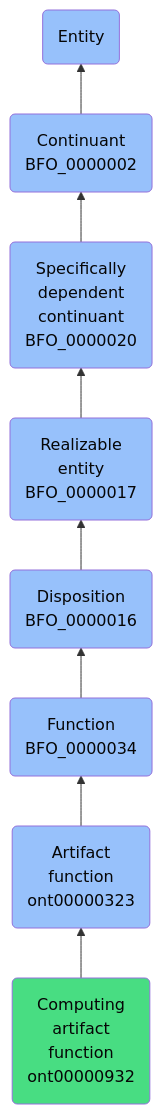
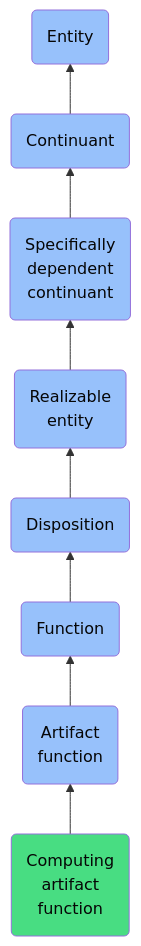
The diagram in docs/ontology/reference/model/Entity/Continuant/Specifically dependent continuant/Realizable entity/Disposition/Function/Artifact function/Computing artifact function/Computing artifact function.md (jupyter-naas/abi), drawn with Mermaid before and after one commit. The commit also changed other lines of this file and 1430 other files, not shown here.

````diff
--- a/docs/ontology/reference/model/Entity/Continuant/Specifically dependent continuant/Realizable entity/Disposition/Function/Artifact function/Computing artifact function/Computing artifact function.md
+++ b/docs/ontology/reference/model/Entity/Continuant/Specifically dependent continuant/Realizable entity/Disposition/Function/Artifact function/Computing artifact function/Computing artifact function.md
@@ -24,15 +24,15 @@
 ```mermaid
 graph BT
-    ont00000932(Computing<br>artifact<br>function<br>ont00000932):::ABI-->ont00000323
-    ont00000323(Artifact<br>function<br>ont00000323):::BFO-->BFO_0000034
-    BFO_0000034(Function<br>BFO_0000034):::BFO-->BFO_0000016
-    BFO_0000016(Disposition<br>BFO_0000016):::BFO-->BFO_0000017
-    BFO_0000017(Realizable<br>entity<br>BFO_0000017):::BFO-->BFO_0000020
-    BFO_0000020(Specifically<br>dependent<br>continuant<br>BFO_0000020):::BFO-->BFO_0000002
-    BFO_0000002(Continuant<br>BFO_0000002):::BFO-->BFO_0000001
+    ont00000932(Computing<br>artifact<br>function):::ABI-->ont00000323
+    ont00000323(Artifact<br>function):::BFO-->BFO_0000034
+    BFO_0000034(Function):::BFO-->BFO_0000016
+    BFO_0000016(Disposition):::BFO-->BFO_0000017
+    BFO_0000017(Realizable<br>entity):::BFO-->BFO_0000020
+    BFO_0000020(Specifically<br>dependent<br>continuant):::BFO-->BFO_0000002
+    BFO_0000002(Continuant):::BFO-->BFO_0000001
     BFO_0000001(Entity):::BFO
     
     classDef BFO fill:#97c1fb,color:#060606
     classDef CCO fill:#e4c51e,color:#060606
     classDef ABI fill:#48DD82,color:#060606
 ```
````
